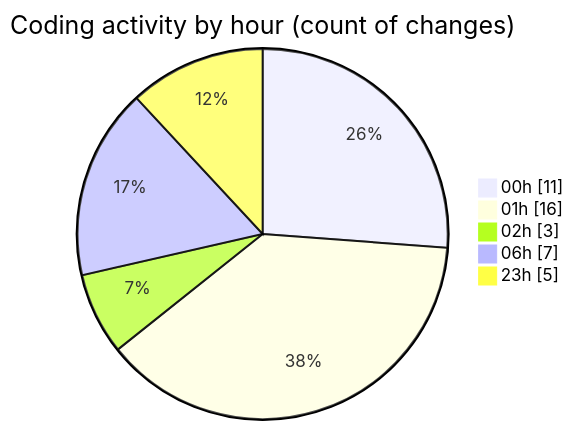
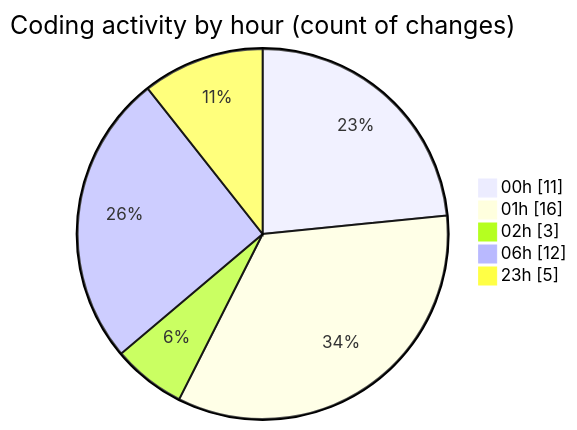
Before and after one commit to Elitesun/code-tracking: the second of 2 diagrams in 2025-02-21/projet/README.md, drawn with Mermaid. The commit also changed other lines of this file and 1 other file, not shown here.

````diff
--- a/2025-02-21/projet/README.md
+++ b/2025-02-21/projet/README.md
@@ -37,9 +37,9 @@
 ```mermaid
 pie showData
 title Coding activity by hour (count of changes)
 "00h" : 11
 "01h" : 16
 "02h" : 3
-"06h" : 7
+"06h" : 12
 "23h" : 5
 ```
````
